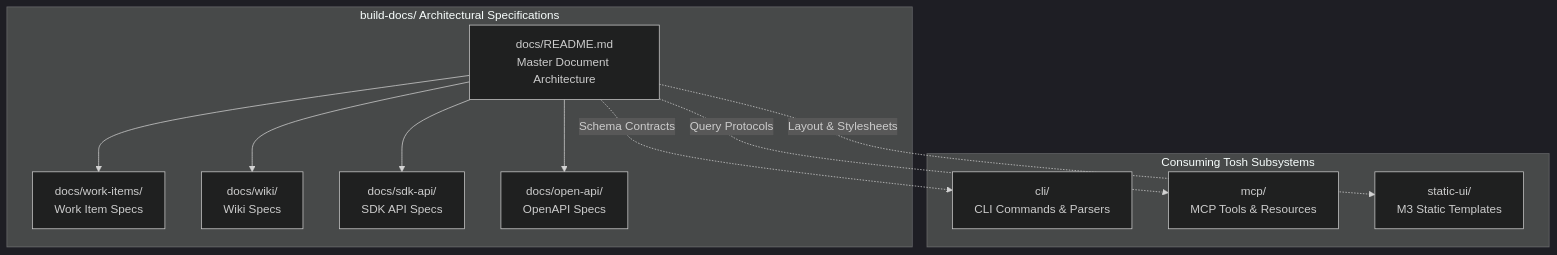
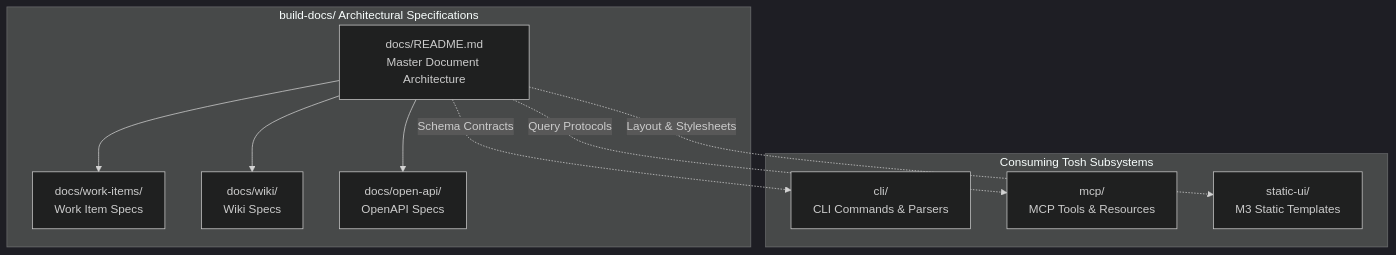
One commit to Equitable-Innovations/tosh changed the first of 2 diagrams in build-docs/docs/README.md. Above: the diagram before and after it, drawn with Mermaid (dark theme). The commit also changed other lines of this file and 25 other files, not shown here.

````diff
--- a/build-docs/docs/README.md
+++ b/build-docs/docs/README.md
@@ -37,25 +36,23 @@
 ```mermaid
 flowchart TD
     subgraph BuildDocs [build-docs/ Architectural Specifications]
         DocsMaster[docs/README.md<br/>Master Document Architecture]
         WI[docs/work-items/<br/>Work Item Specs]
         Wiki[docs/wiki/<br/>Wiki Specs]
-        API[docs/sdk-api/<br/>SDK API Specs]
         OAS[docs/open-api/<br/>OpenAPI Specs]
     end
 
     DocsMaster --> WI
     DocsMaster --> Wiki
-    DocsMaster --> API
     DocsMaster --> OAS
 
     subgraph Subsystems [Consuming Tosh Subsystems]
         CLI[cli/<br/>CLI Commands & Parsers]
         MCP[mcp/<br/>MCP Tools & Resources]
         UI[static-ui/<br/>M3 Static Templates]
     end
 
     DocsMaster -.->|Schema Contracts| CLI
     DocsMaster -.->|Query Protocols| MCP
     DocsMaster -.->|Layout & Stylesheets| UI
 ```
````
